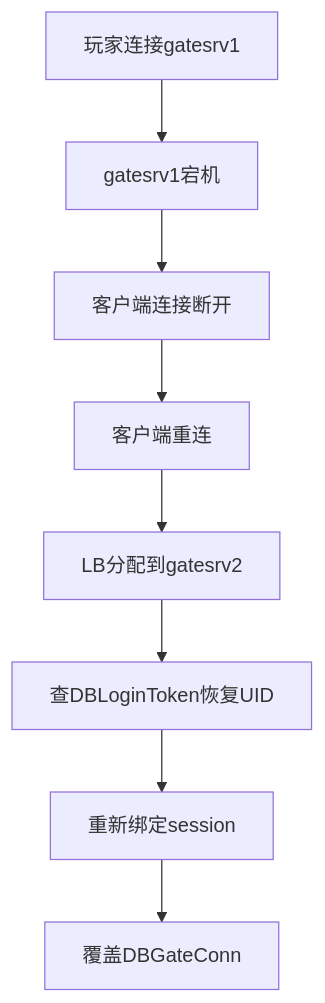
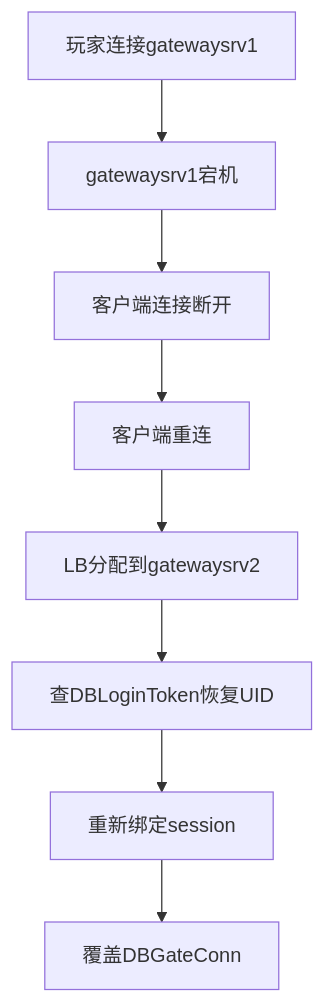
One commit to zhanglei19960726/globalmail changed the fifth of 7 diagrams in docs/runtime-flows.md. Above: the diagram before and after it, drawn with Mermaid. The commit also changed other lines of this file and 114 other files, not shown here.

````diff
--- a/docs/runtime-flows.md
+++ b/docs/runtime-flows.md
@@ -422,10 +422,10 @@
 ```mermaid
 flowchart TD
-    oldGate[玩家连接gatesrv1] --> crash[gatesrv1宕机]
+    oldGate[玩家连接gatewaysrv1] --> crash[gatewaysrv1宕机]
     crash --> disconnect[客户端连接断开]
     disconnect --> reconnect[客户端重连]
-    reconnect --> newGate[LB分配到gatesrv2]
+    reconnect --> newGate[LB分配到gatewaysrv2]
     newGate --> auth[查DBLoginToken恢复UID]
     auth --> bind[重新绑定session]
     bind --> overwrite[覆盖DBGateConn]
 ```
````
